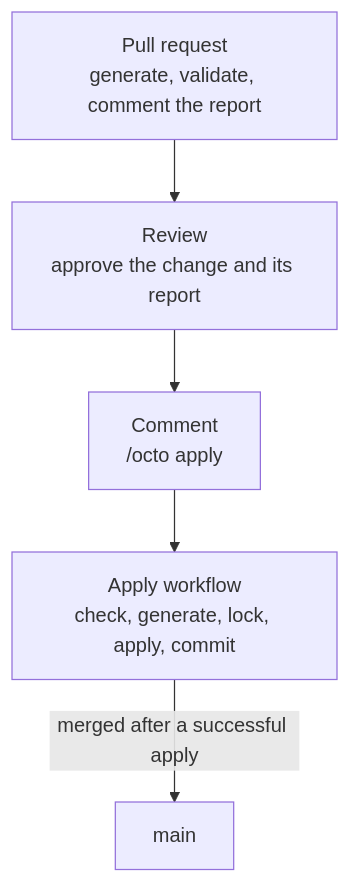
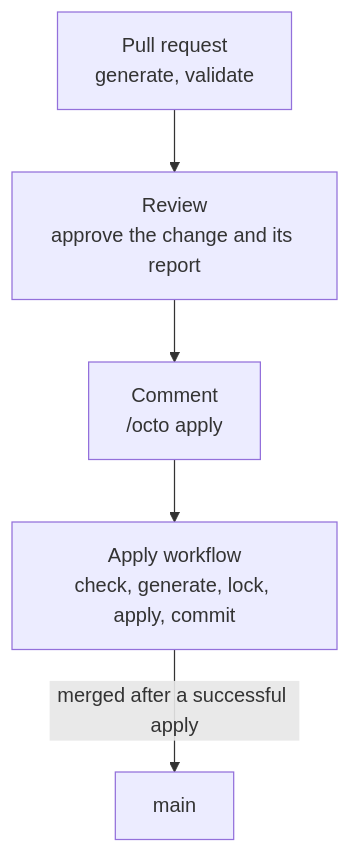
One commit to quadnix/octo changed the diagram in apps/octo-docs/docs/techniques/github-actions-pipeline.mdx. Above: the diagram before and after it, drawn with Mermaid. The commit also changed other lines of this file and 44 other files, not shown here.

````diff
--- a/apps/octo-docs/docs/techniques/github-actions-pipeline.mdx
+++ b/apps/octo-docs/docs/techniques/github-actions-pipeline.mdx
@@ -17,12 +17,12 @@
 ```mermaid
 flowchart TD
-  PR["Pull request<br/>generate, validate, comment the report"]
+  PR["Pull request<br/>generate, validate"]
   R["Review<br/>approve the change and its report"]
   C["Comment<br/>/octo apply"]
   A["Apply workflow<br/>check, generate, lock, apply, commit"]
   M["main"]
   PR --> R
   R --> C
   C --> A
   A -->|"merged after a successful apply"| M
 ```
````
